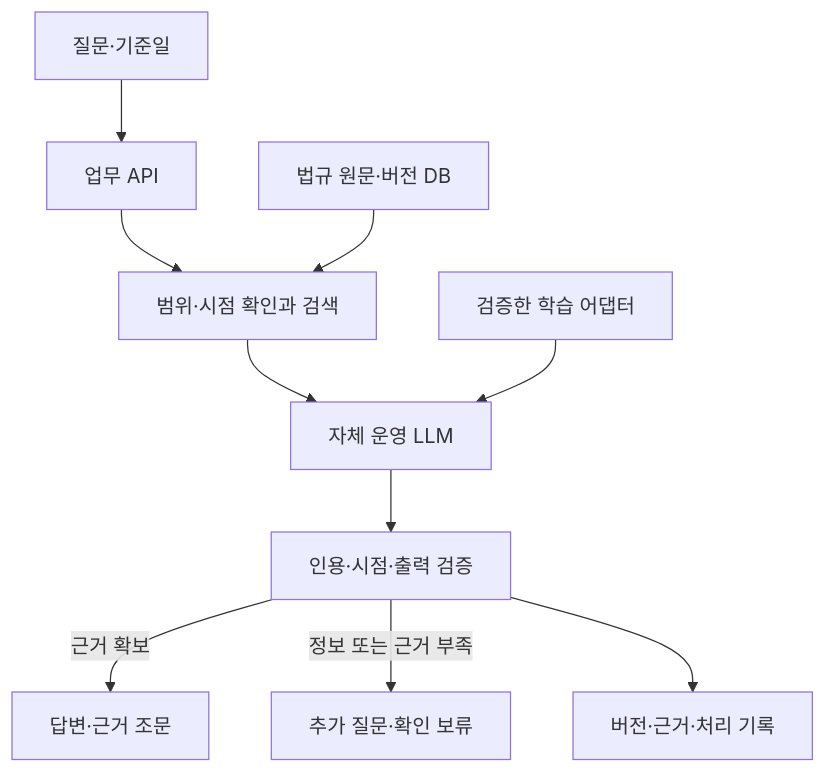
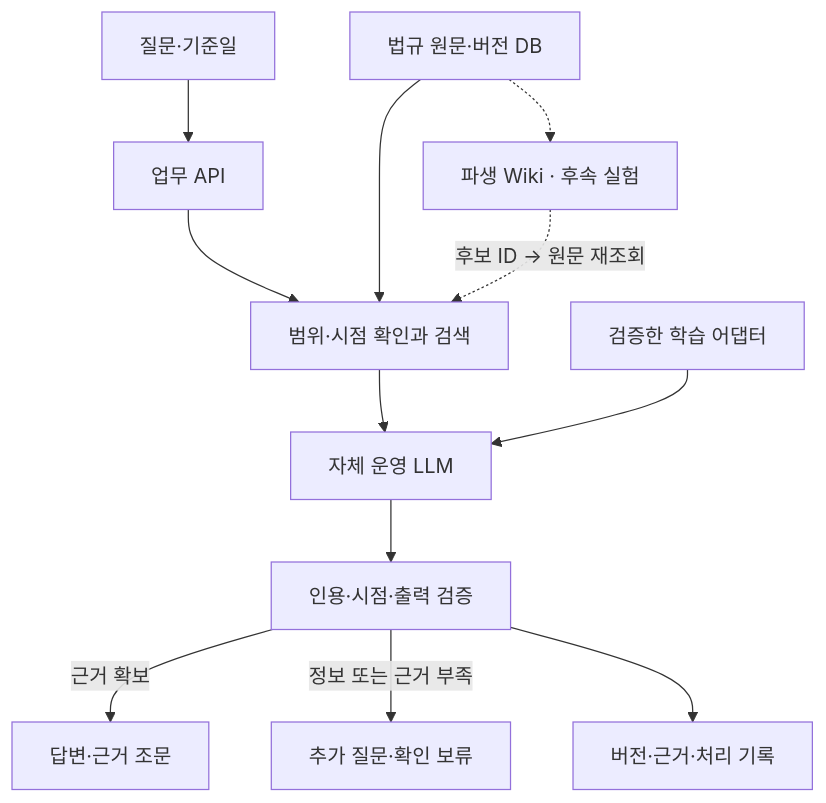
The diagram in docs/FinReg_LLM_PRD_v1.md (Tarae0419/-Finance_LLM), drawn with Mermaid before and after one commit. The commit also changed other lines of this file and 17 other files, not shown here.

````diff
--- a/docs/FinReg_LLM_PRD_v1.md
+++ b/docs/FinReg_LLM_PRD_v1.md
@@ -267,12 +277,14 @@
 ```mermaid
 flowchart TD
     U["질문·기준일"] --> API["업무 API"]
     API --> R["범위·시점 확인과 검색"]
     DB["법규 원문·버전 DB"] --> R
+    DB -.-> W["파생 Wiki · 후속 실험"]
+    W -.->|"후보 ID → 원문 재조회"| R
     R --> M["자체 운영 LLM"]
     A["검증한 학습 어댑터"] --> M
     M --> V["인용·시점·출력 검증"]
     V -->|"근거 확보"| O["답변·근거 조문"]
     V -->|"정보 또는 근거 부족"| Q["추가 질문·확인 보류"]
     V --> L["버전·근거·처리 기록"]
 ```
````
